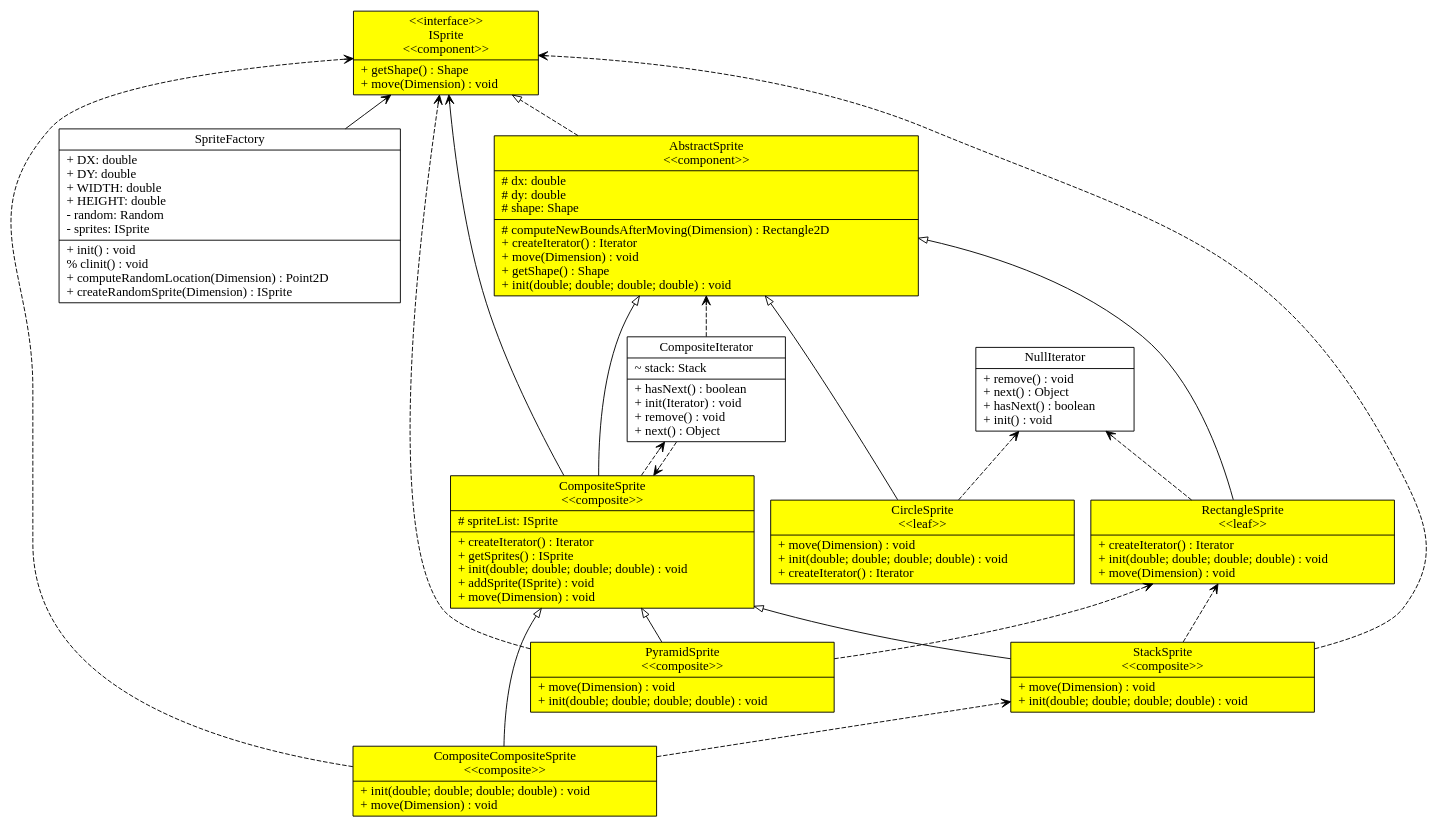
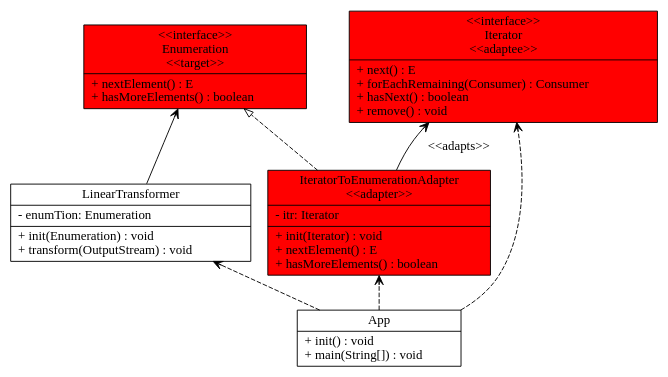
Before and after one commit to tpunt3/Csse374: the diagram in input_output/model.gv, drawn with Graphviz. The commit also changed 11 other files, not shown here.

```diff
--- a/input_output/model.gv
+++ b/input_output/model.gv
@@ -1,79 +1,35 @@
 digraph model{
 rankdir = BT;
-AbstractSprite [
-shape="record",style = filled,fillcolor=yellow
-label = "{AbstractSprite\n\<\<component\>\>|# dx: double\l# dy: double\l# shape: Shape\l|# computeNewBoundsAfterMoving(Dimension) : Rectangle2D\l+ createIterator() : Iterator\l+ move(Dimension) : void\l+ getShape() : Shape\l+ init(double; double; double; double) : void\l}"
+Enumeration [
+shape="record",style="filled",fillcolor=red
+label = "{\<\<interface\>\>\nEnumeration\n\<\<target\>\>| + nextElement() : E\l+ hasMoreElements() : boolean\l}"
 ];
 
-NullIterator [
+App [
 shape="record",
-label = "{NullIterator| + remove() : void\l+ next() : Object\l+ hasNext() : boolean\l+ init() : void\l}"
+label = "{App| + init() : void\l+ main(String[]) : void\l}"
 ];
 
-SpriteFactory [
+LinearTransformer [
 shape="record",
-label = "{SpriteFactory| + DX: double\l+ DY: double\l+ WIDTH: double\l+ HEIGHT: double\l- random: Random\l- sprites: ISprite\l|+ init() : void\l% clinit() : void\l+ computeRandomLocation(Dimension) : Point2D\l+ createRandomSprite(Dimension) : ISprite\l}"
+label = "{LinearTransformer| - enumTion: Enumeration\l|+ init(Enumeration) : void\l+ transform(OutputStream) : void\l}"
 ];
 
-StackSprite [
-shape="record",style = filled,fillcolor=yellow
-label = "{StackSprite\n\<\<composite\>\>|+ move(Dimension) : void\l+ init(double; double; double; double) : void\l}"
+IteratorToEnumerationAdapter [
+shape="record",style="filled",fillcolor=red
+label = "{IteratorToEnumerationAdapter\n\<\<adapter\>\>|- itr: Iterator\l|+ init(Iterator) : void\l+ nextElement() : E\l+ hasMoreElements() : boolean\l}"
 ];
 
-CircleSprite [
-shape="record",style = filled,fillcolor=yellow
-label = "{CircleSprite\n\<\<leaf\>\>|+ move(Dimension) : void\l+ init(double; double; double; double) : void\l+ createIterator() : Iterator\l}"
-];
-
-CompositeIterator [
-shape="record",
-label = "{CompositeIterator| ~ stack: Stack\l|+ hasNext() : boolean\l+ init(Iterator) : void\l+ remove() : void\l+ next() : Object\l}"
-];
-
-CompositeSprite [
-shape="record",style = filled,fillcolor=yellow
-label = "{CompositeSprite\n\<\<composite\>\>|# spriteList: ISprite\l|+ createIterator() : Iterator\l+ getSprites() : ISprite\l+ init(double; double; double; double) : void\l+ addSprite(ISprite) : void\l+ move(Dimension) : void\l}"
-];
-
-PyramidSprite [
-shape="record",style = filled,fillcolor=yellow
-label = "{PyramidSprite\n\<\<composite\>\>|+ move(Dimension) : void\l+ init(double; double; double; double) : void\l}"
-];
-
-ISprite [
-shape="record",style = filled,fillcolor=yellow
-label = "{\<\<interface\>\>\nISprite\n\<\<component\>\>| + getShape() : Shape\l+ move(Dimension) : void\l}"
-];
-
-RectangleSprite [
-shape="record",style = filled,fillcolor=yellow
-label = "{RectangleSprite\n\<\<leaf\>\>|+ createIterator() : Iterator\l+ init(double; double; double; double) : void\l+ move(Dimension) : void\l}"
-];
-
-CompositeCompositeSprite [
-shape="record",style = filled,fillcolor=yellow
-label = "{CompositeCompositeSprite\n\<\<composite\>\>|+ init(double; double; double; double) : void\l+ move(Dimension) : void\l}"
+Iterator [
+shape="record",style="filled",fillcolor=red
+label = "{\<\<interface\>\>\nIterator\n\<\<adaptee\>\>| + next() : E\l+ forEachRemaining(Consumer) : Consumer\l+ hasNext() : boolean\l+ remove() : void\l}"
 ];
 
 //writing relations between classes now
-AbstractSprite -> ISprite [arrowhead = "empty", style = "dashed"];
-CircleSprite -> AbstractSprite [arrowhead = "empty"];
-CircleSprite -> NullIterator [arrowhead = "vee", style = "dashed"];
-CompositeCompositeSprite -> CompositeSprite [arrowhead = "empty"];
-CompositeCompositeSprite -> StackSprite [arrowhead = "vee", style = "dashed"];
-CompositeCompositeSprite -> ISprite [arrowhead = "vee", style = "dashed"];
-CompositeIterator -> AbstractSprite [arrowhead = "vee", style = "dashed"];
-CompositeIterator -> CompositeSprite [arrowhead = "vee", style = "dashed"];
-CompositeSprite -> AbstractSprite [arrowhead = "empty"];
-CompositeSprite -> ISprite [arrowhead = "vee"];
-CompositeSprite -> CompositeIterator [arrowhead = "vee", style = "dashed"];
-PyramidSprite -> CompositeSprite [arrowhead = "empty"];
-PyramidSprite -> RectangleSprite [arrowhead = "vee", style = "dashed"];
-PyramidSprite -> ISprite [arrowhead = "vee", style = "dashed"];
-RectangleSprite -> AbstractSprite [arrowhead = "empty"];
-RectangleSprite -> NullIterator [arrowhead = "vee", style = "dashed"];
-SpriteFactory -> ISprite [arrowhead = "vee"];
-StackSprite -> CompositeSprite [arrowhead = "empty"];
-StackSprite -> RectangleSprite [arrowhead = "vee", style = "dashed"];
-StackSprite -> ISprite [arrowhead = "vee", style = "dashed"];
+App -> IteratorToEnumerationAdapter [arrowhead = "vee", style = "dashed"];
+App -> Iterator [arrowhead = "vee", style = "dashed"];
+App -> LinearTransformer [arrowhead = "vee", style = "dashed"];
+IteratorToEnumerationAdapter -> Enumeration [arrowhead = "empty", style = "dashed"];
+LinearTransformer -> Enumeration [arrowhead = "vee"];
+IteratorToEnumerationAdapter -> Iterator [arrowhead = "vee", label = "\<\<adapts\>\>"];
 }
```
